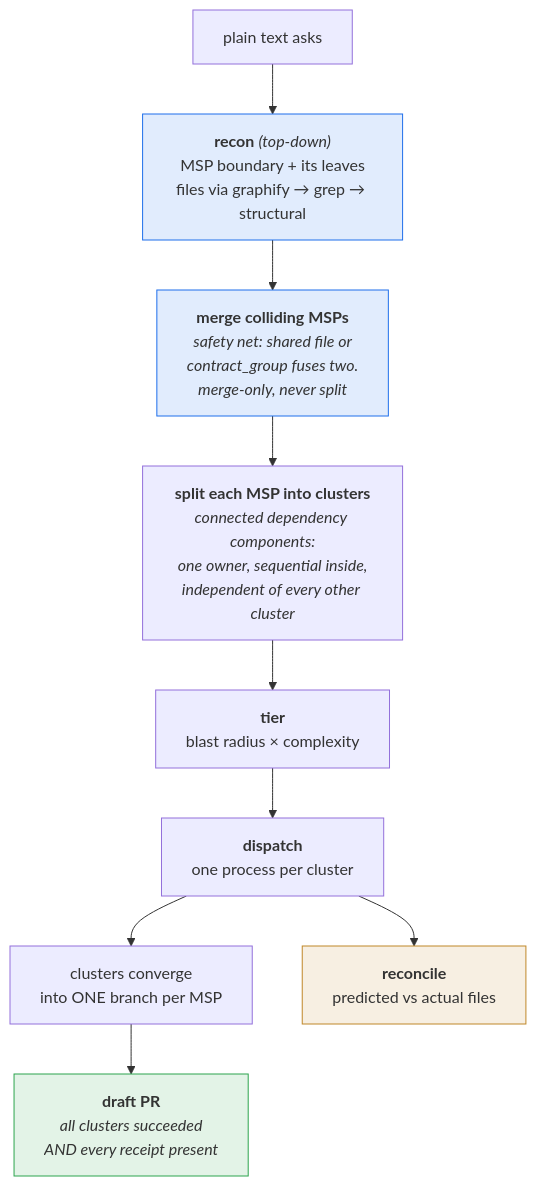
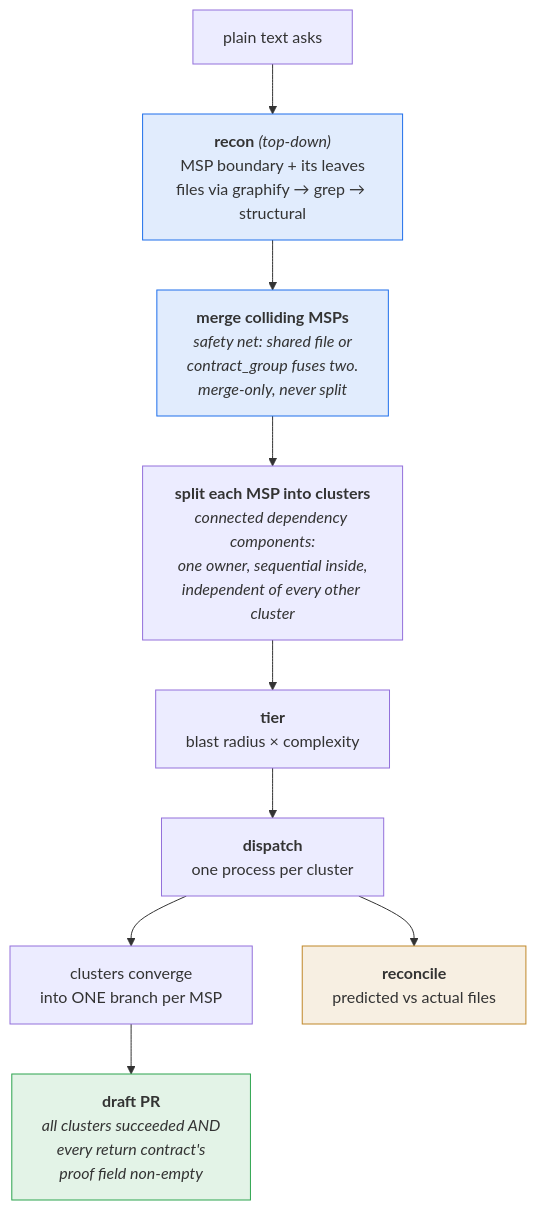
Before and after one commit to shaheershoaib/fanout: the diagram in SPEC.md, drawn with Mermaid. The commit also changed other lines of this file, not shown here.

````diff
--- a/SPEC.md
+++ b/SPEC.md
@@ -55,16 +55,16 @@
 ```mermaid
 flowchart TB
   A["plain text asks"] --> R["<b>recon</b> <i>(top-down)</i><br/>MSP boundary + its leaves<br/>files via graphify → grep → structural"]
   R --> G["<b>merge colliding MSPs</b><br/><i>safety net: shared file or<br/>contract_group fuses two.<br/>merge-only, never split</i>"]
   G --> S["<b>split each MSP into clusters</b><br/><i>connected dependency components:<br/>one owner, sequential inside,<br/>independent of every other cluster</i>"]
   S --> T["<b>tier</b><br/>blast radius × complexity"]
   T --> D["<b>dispatch</b><br/>one process per cluster"]
   D --> B["clusters converge<br/>into ONE branch per MSP"]
-  B --> P["<b>draft PR</b><br/><i>all clusters succeeded<br/>AND every receipt present</i>"]
+  B --> P["<b>draft PR</b><br/><i>all clusters succeeded AND<br/>every return contract's<br/>proof field non-empty</i>"]
   D --> C["<b>reconcile</b><br/>predicted vs actual files"]
 
   style R fill:#1f6feb22,stroke:#1f6feb
   style G fill:#1f6feb22,stroke:#1f6feb
   style P fill:#2da44e22,stroke:#2da44e
   style C fill:#bf872922,stroke:#bf8729
 ```
````
